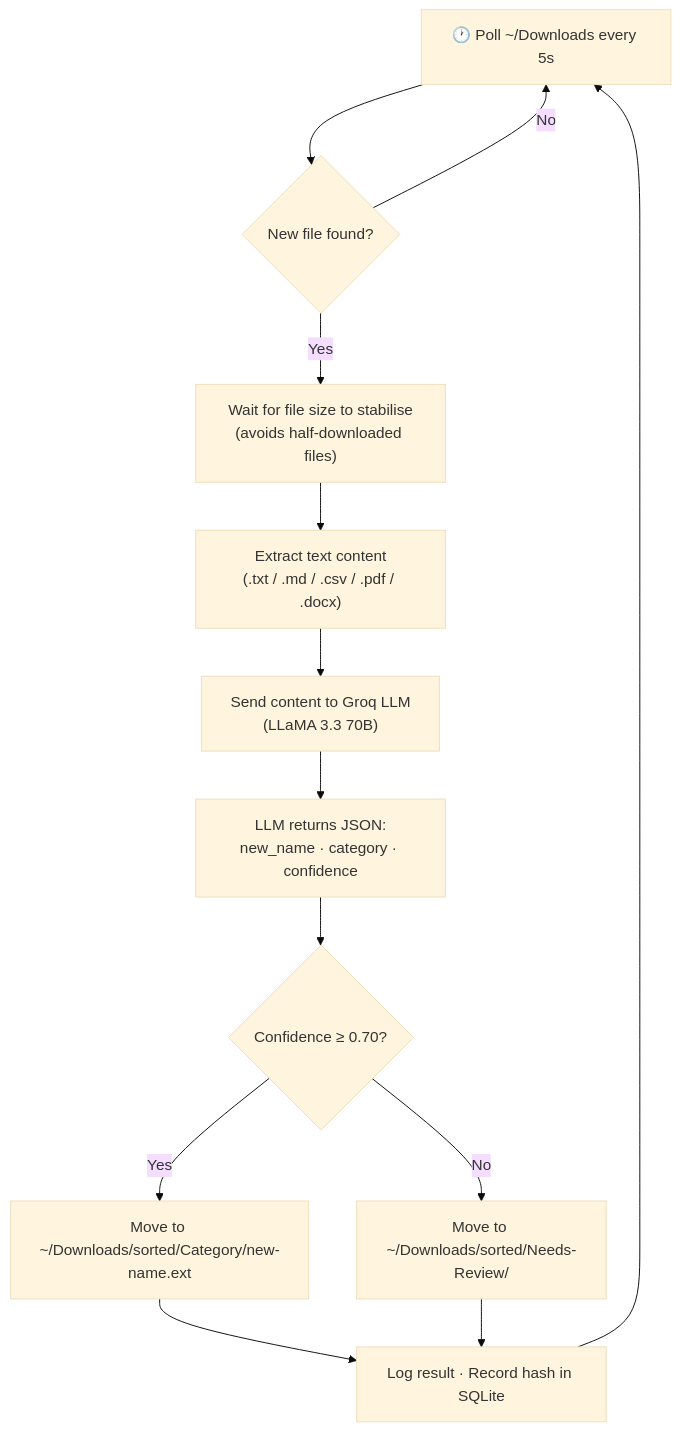
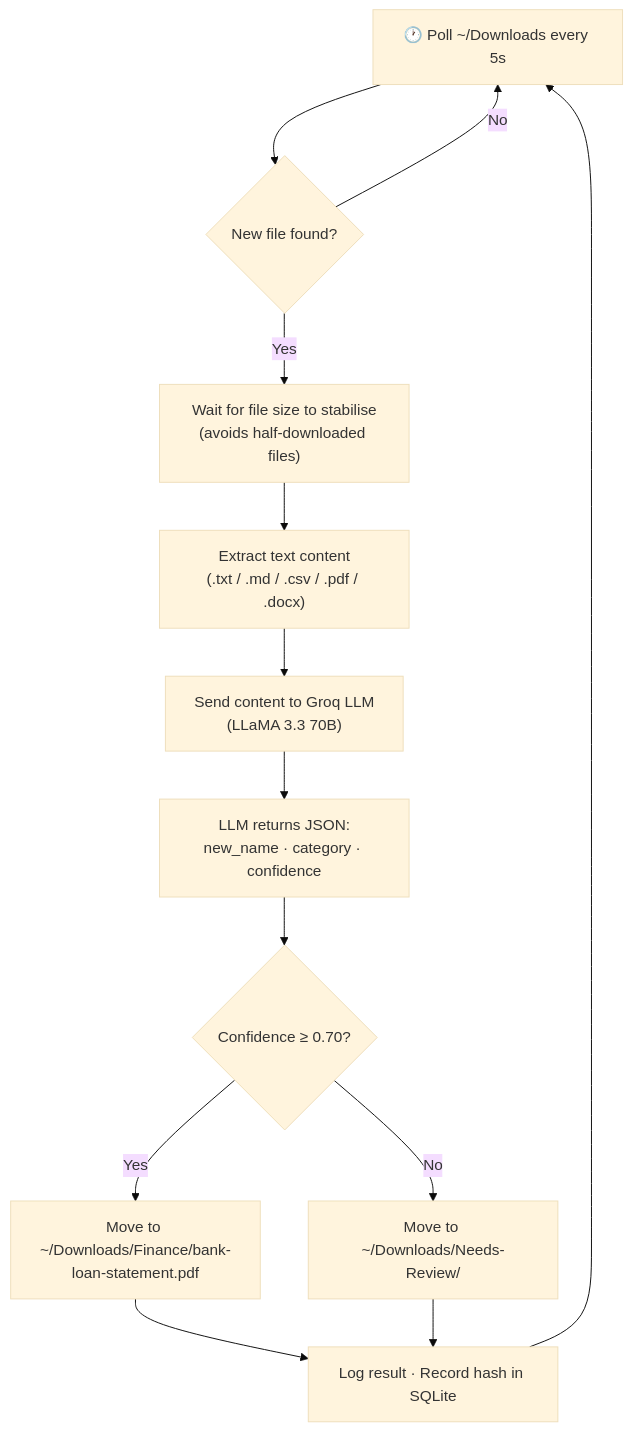
Before and after one commit to snehaagarwal03/file-segregator: the diagram in README.md, drawn with Mermaid (base theme). The commit also changed other lines of this file and 5 other files, not shown here.

````diff
--- a/README.md
+++ b/README.md
@@ -24,15 +24,15 @@
 ```mermaid
 flowchart TD
     A["🕐 Poll ~/Downloads every 5s"] --> B{"New file found?"}
     B -- No --> A
     B -- Yes --> C["Wait for file size to stabilise\n(avoids half-downloaded files)"]
     C --> D["Extract text content\n(.txt / .md / .csv / .pdf / .docx)"]
     D --> E["Send content to Groq LLM\n(LLaMA 3.3 70B)"]
     E --> F["LLM returns JSON:\nnew_name · category · confidence"]
     F --> G{"Confidence ≥ 0.70?"}
-    G -- Yes --> H["Move to ~/Downloads/sorted/Category/new-name.ext"]
-    G -- No --> I["Move to ~/Downloads/sorted/Needs-Review/"]
+    G -- Yes --> H["Move to ~/Downloads/Finance/bank-loan-statement.pdf"]
+    G -- No --> I["Move to ~/Downloads/Needs-Review/"]
     H --> J["Log result · Record hash in SQLite"]
     I --> J
     J --> A
 ```
````
